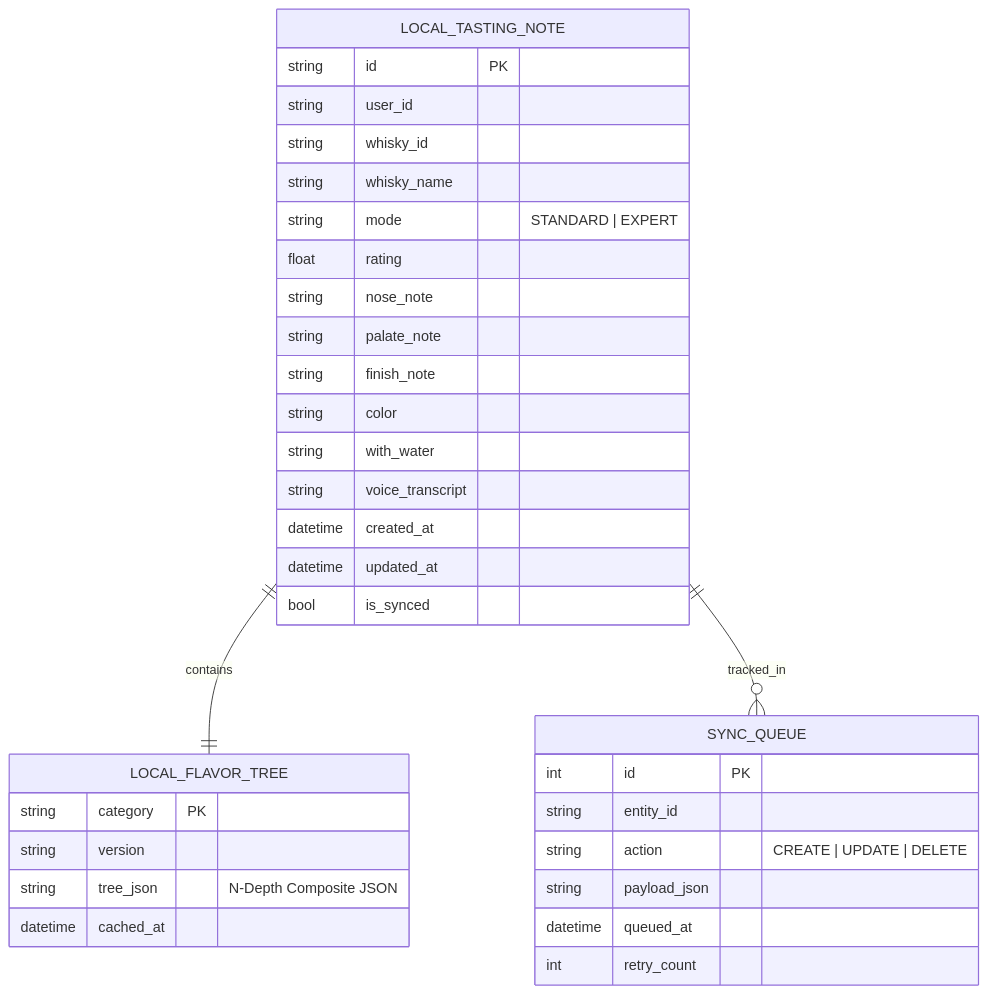
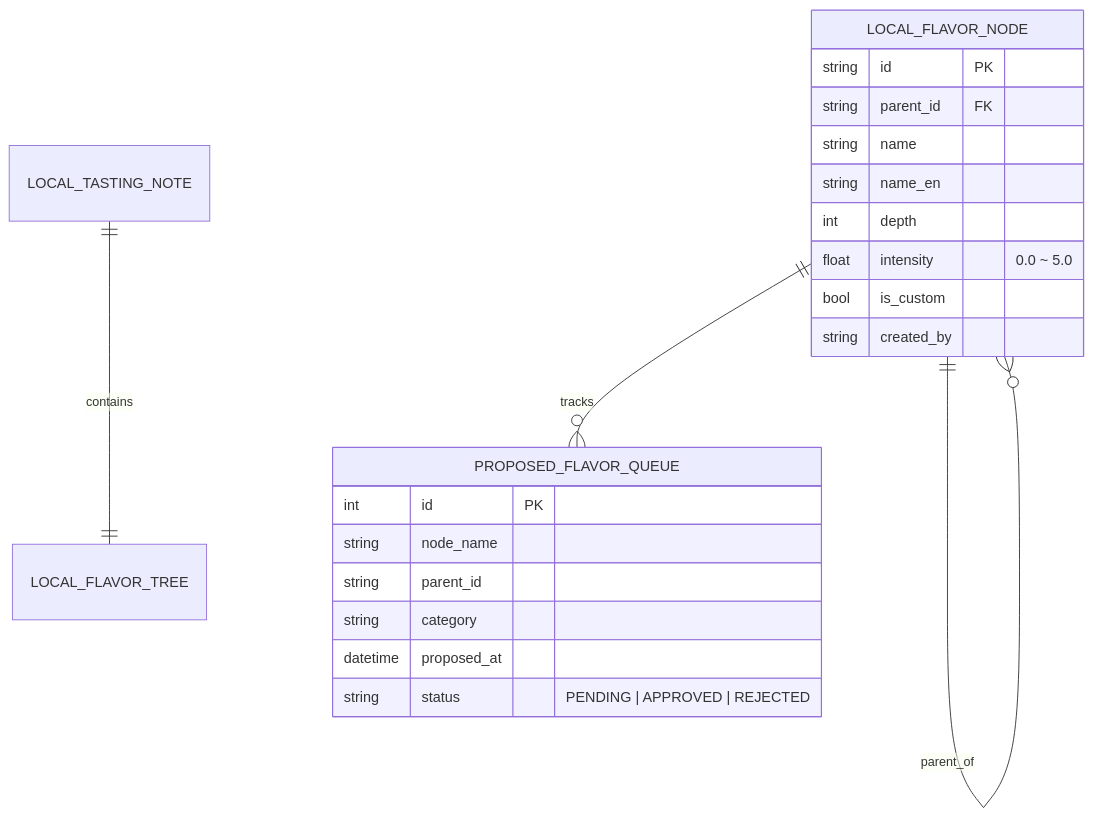
Before and after one commit to chanhooop/FlavorWheel: the fourth of 4 diagrams in README.md, drawn with Mermaid. The commit also changed other lines of this file and 1 other file, not shown here.

Commit message:
feat: N-Depth 리프 노드 개별 점수화 및 유저 커스텀 향미 생성 인터랙션 반영

````diff
--- a/README.md
+++ b/README.md
@@ -198,39 +169,26 @@
 ```mermaid
 erDiagram
     LOCAL_TASTING_NOTE ||--|| LOCAL_FLAVOR_TREE : contains
-    LOCAL_TASTING_NOTE ||--o{ SYNC_QUEUE : tracked_in
+    LOCAL_FLAVOR_NODE ||--o{ LOCAL_FLAVOR_NODE : parent_of
+    LOCAL_FLAVOR_NODE ||--o{ PROPOSED_FLAVOR_QUEUE : tracks
 
-    LOCAL_TASTING_NOTE {
+    LOCAL_FLAVOR_NODE {
         string id PK
-        string user_id
-        string whisky_id
-        string whisky_name
-        string mode "STANDARD | EXPERT"
-        float rating
-        string nose_note
-        string palate_note
-        string finish_note
-        string color
-        string with_water
-        string voice_transcript
-        datetime created_at
-        datetime updated_at
-        bool is_synced
+        string parent_id FK
+        string name
+        string name_en
+        int depth
+        float intensity "0.0 ~ 5.0"
+        bool is_custom
+        string created_by
     }
 
-    LOCAL_FLAVOR_TREE {
-        string category PK
-        string version
-        string tree_json "N-Depth Composite JSON"
-        datetime cached_at
-    }
-
-    SYNC_QUEUE {
+    PROPOSED_FLAVOR_QUEUE {
         int id PK
-        string entity_id
-        string action "CREATE | UPDATE | DELETE"
-        string payload_json
-        datetime queued_at
-        int retry_count
+        string node_name
+        string parent_id
+        string category
+        datetime proposed_at
+        string status "PENDING | APPROVED | REJECTED"
     }
 ```
````
